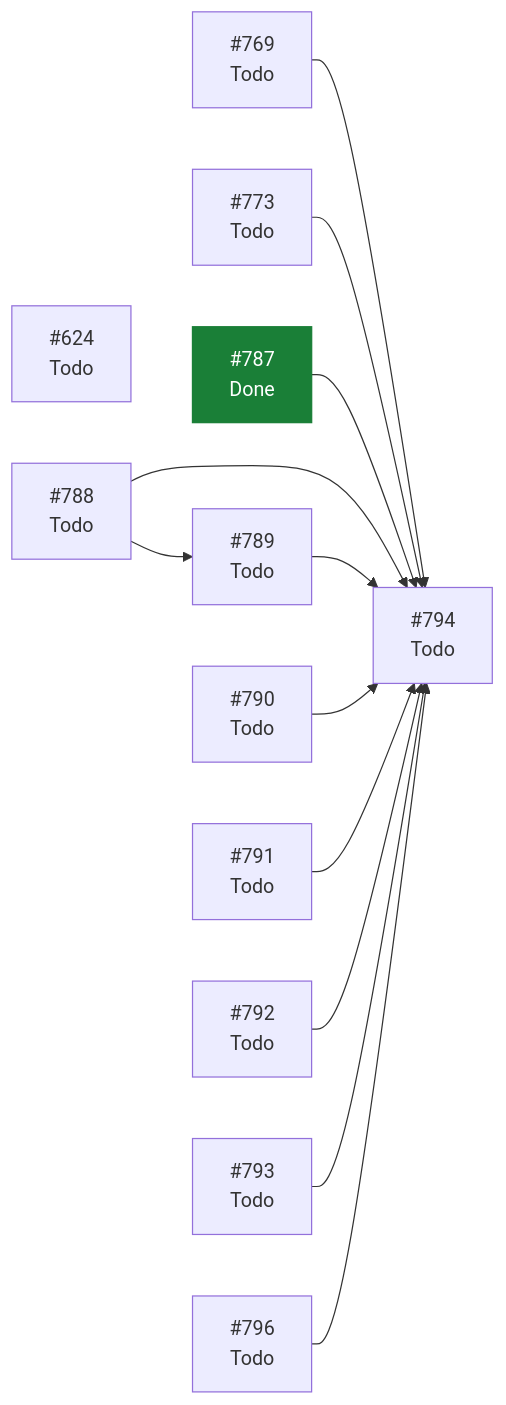
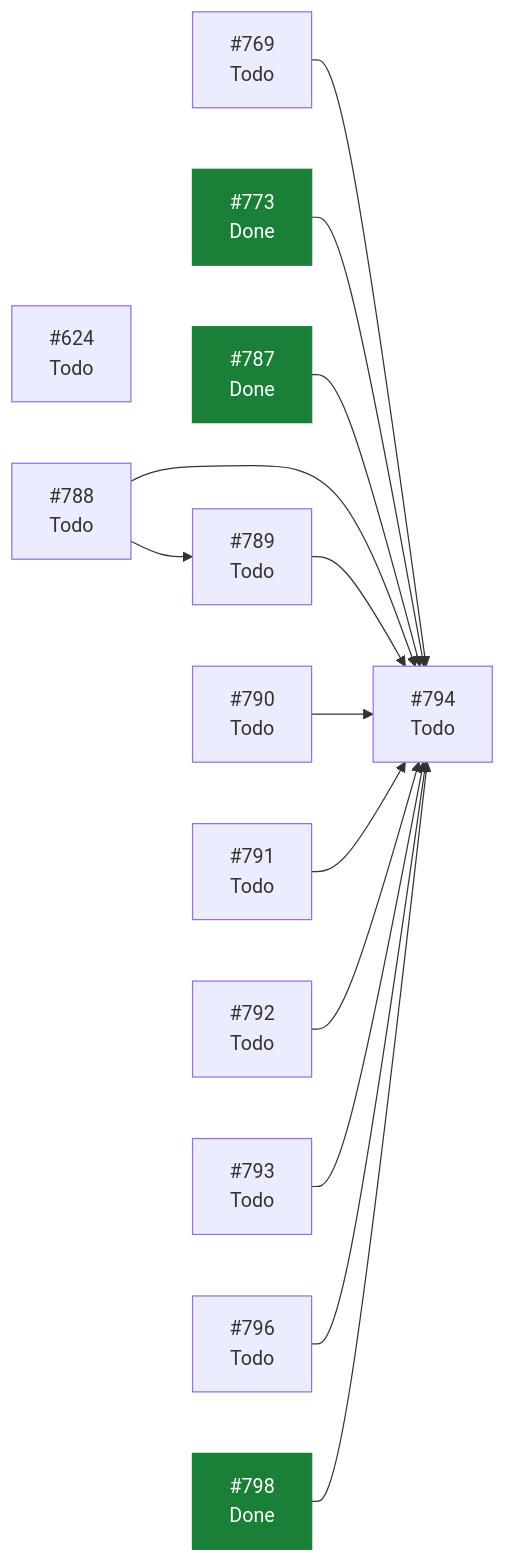
The diagram in docs/planning/STATUS.md (ecamp0s/evault), drawn with Mermaid before and after one commit. The commit also changed other lines of this file and 1 other file, not shown here.

````diff
--- a/docs/planning/STATUS.md
+++ b/docs/planning/STATUS.md
@@ -96,28 +96,30 @@
 ```mermaid
 graph LR
   I624["#624<br/>Todo"]
   I769["#769<br/>Todo"]
-  I773["#773<br/>Todo"]
+  I773["#773<br/>Done"]
   I787["#787<br/>Done"]
   I788["#788<br/>Todo"]
   I789["#789<br/>Todo"]
   I790["#790<br/>Todo"]
   I791["#791<br/>Todo"]
   I792["#792<br/>Todo"]
   I793["#793<br/>Todo"]
   I794["#794<br/>Todo"]
   I796["#796<br/>Todo"]
+  I798["#798<br/>Done"]
   I769 --> I794
   I773 --> I794
   I787 --> I794
   I788 --> I789
   I788 --> I794
   I789 --> I794
   I790 --> I794
   I791 --> I794
   I792 --> I794
   I793 --> I794
   I796 --> I794
+  I798 --> I794
   classDef hecho fill:#1a7f37,stroke:#1a7f37,color:#fff;
-  class I787 hecho;
+  class I773,I787,I798 hecho;
 ```
````
